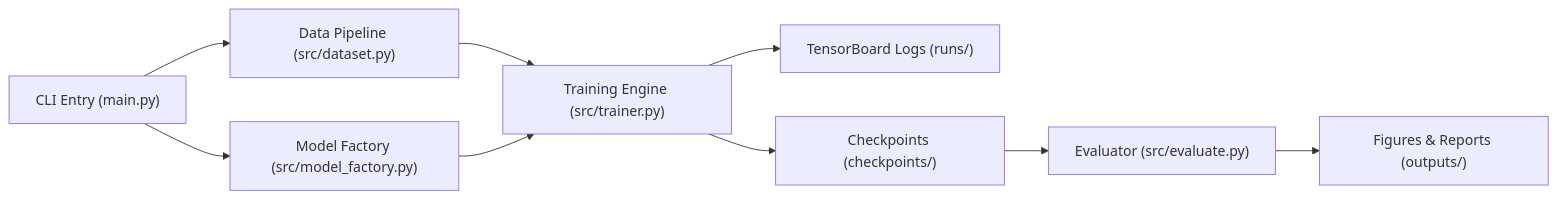
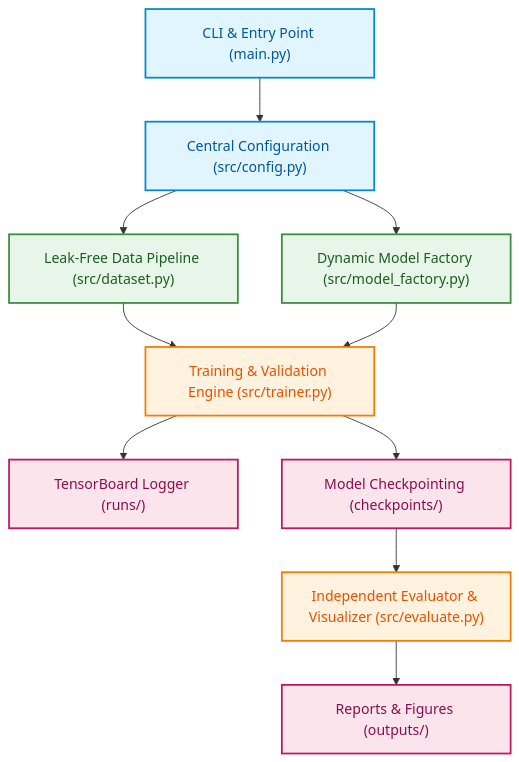
One commit to linhtd3993/LAB_DEEP_LEARNING changed the first of 2 diagrams in lab2/README.md. Above: the diagram before and after it, drawn with Mermaid. The commit also changed other lines of this file, not shown here.

Commit message:
docs(readme): standardize accented Vietnamese and color-coded architecture diagram in README

````diff
--- a/lab2/README.md
+++ b/lab2/README.md
@@ -43,11 +43,23 @@
 ```mermaid
-flowchart LR
-    A["CLI Entry (main.py)"] --> B["Data Pipeline (src/dataset.py)"]
-    A --> C["Model Factory (src/model_factory.py)"]
-    B --> D["Training Engine (src/trainer.py)"]
-    C --> D
-    D --> E["TensorBoard Logs (runs/)"]
-    D --> F["Checkpoints (checkpoints/)"]
-    F --> G["Evaluator (src/evaluate.py)"]
-    G --> H["Figures & Reports (outputs/)"]
+flowchart TD
+    CLI["CLI & Entry Point (main.py)"] --> CFG["Central Configuration (src/config.py)"]
+    CFG --> DATA["Leak-Free Data Pipeline (src/dataset.py)"]
+    CFG --> MODEL["Dynamic Model Factory (src/model_factory.py)"]
+    DATA --> TRAIN["Training & Validation Engine (src/trainer.py)"]
+    MODEL --> TRAIN
+    TRAIN --> TB["TensorBoard Logger (runs/)"]
+    TRAIN --> CKPT["Model Checkpointing (checkpoints/)"]
+    CKPT --> EVAL["Independent Evaluator & Visualizer (src/evaluate.py)"]
+    EVAL --> OUT["Reports & Figures (outputs/)"]
+
+    %% Bổ sung màu sắc trực quan theo vai trò chức năng
+    classDef cliStyle fill:#e1f5fe,stroke:#0288d1,stroke-width:2px,color:#01579b;
+    classDef coreStyle fill:#e8f5e9,stroke:#388e3c,stroke-width:2px,color:#1b5e20;
+    classDef engineStyle fill:#fff3e0,stroke:#f57c00,stroke-width:2px,color:#e65100;
+    classDef outStyle fill:#fce4ec,stroke:#c2185b,stroke-width:2px,color:#880e4f;
+
+    class CLI,CFG cliStyle;
+    class DATA,MODEL coreStyle;
+    class TRAIN,EVAL engineStyle;
+    class TB,CKPT,OUT outStyle;
 ```
````
